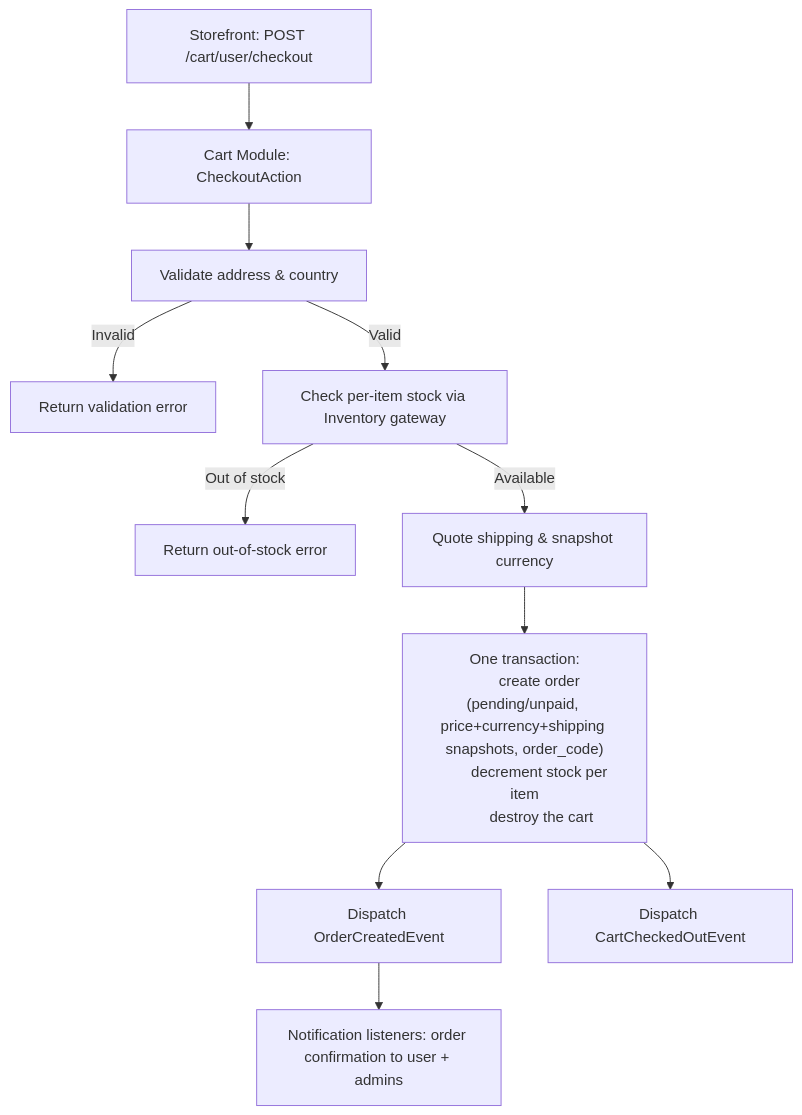
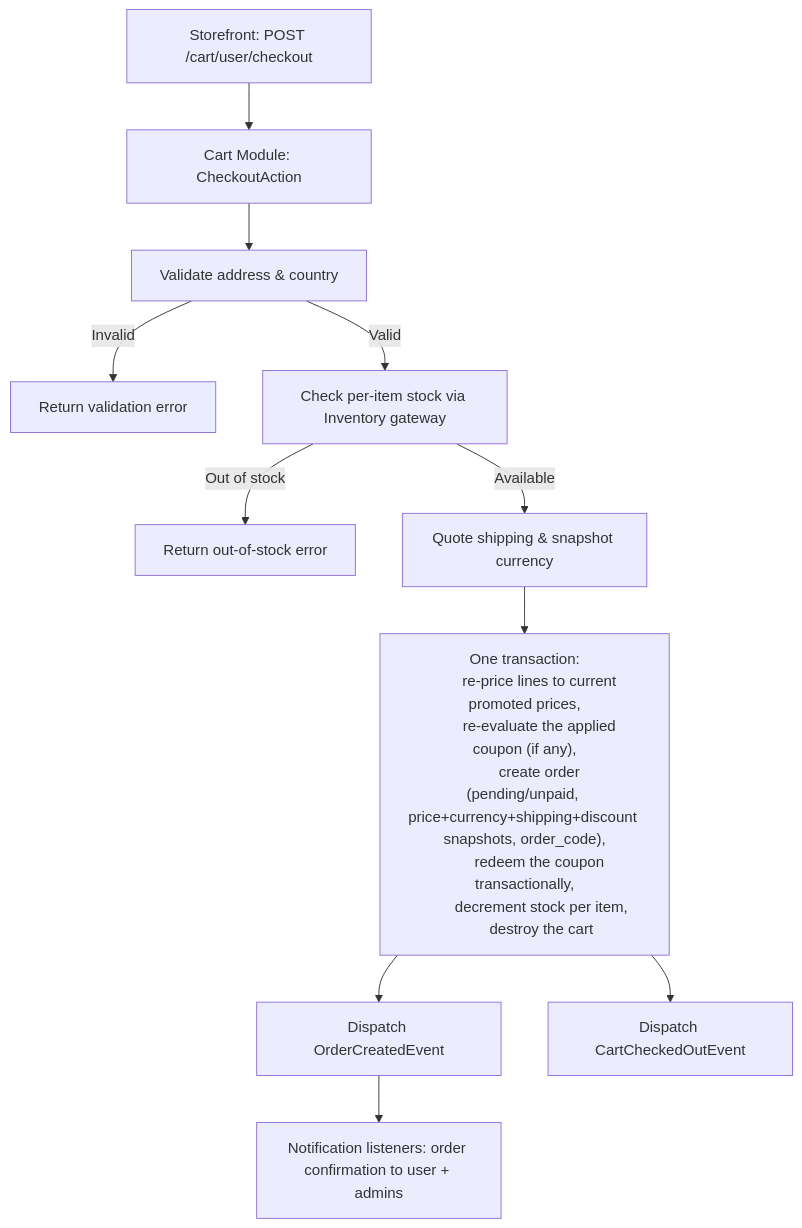
Before and after one commit to baxela-hq/baxela-docs: the diagram in docs/architecture/flows/order-flow.md, drawn with Mermaid. The commit also changed 28 other files, not shown here.

````diff
--- a/docs/architecture/flows/order-flow.md
+++ b/docs/architecture/flows/order-flow.md
@@ -11,21 +11,24 @@
 ```mermaid
 flowchart TD
     A[Storefront: POST /cart/user/checkout] --> B[Cart Module: CheckoutAction]
 
     B --> C[Validate address & country]
     C -->|Invalid| C1[Return validation error]
 
     C -->|Valid| D[Check per-item stock via Inventory gateway]
     D -->|Out of stock| D1[Return out-of-stock error]
 
     D -->|Available| E[Quote shipping & snapshot currency]
     E --> F["One transaction:
-        create order (pending/unpaid, price+currency+shipping snapshots, order_code)
-        decrement stock per item
+        re-price lines to current promoted prices,
+        re-evaluate the applied coupon (if any),
+        create order (pending/unpaid, price+currency+shipping+discount snapshots, order_code),
+        redeem the coupon transactionally,
+        decrement stock per item,
         destroy the cart"]
 
     F --> G[Dispatch OrderCreatedEvent]
     F --> H[Dispatch CartCheckedOutEvent]
 
     G --> I[Notification listeners: order confirmation to user + admins]
 ```
````
